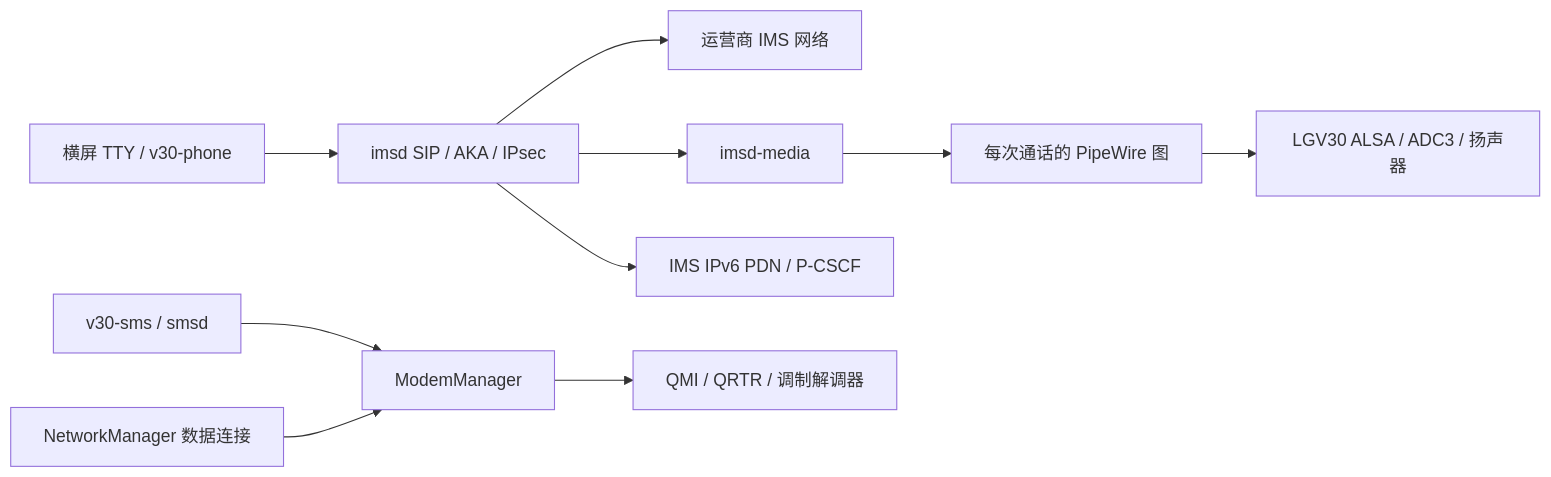
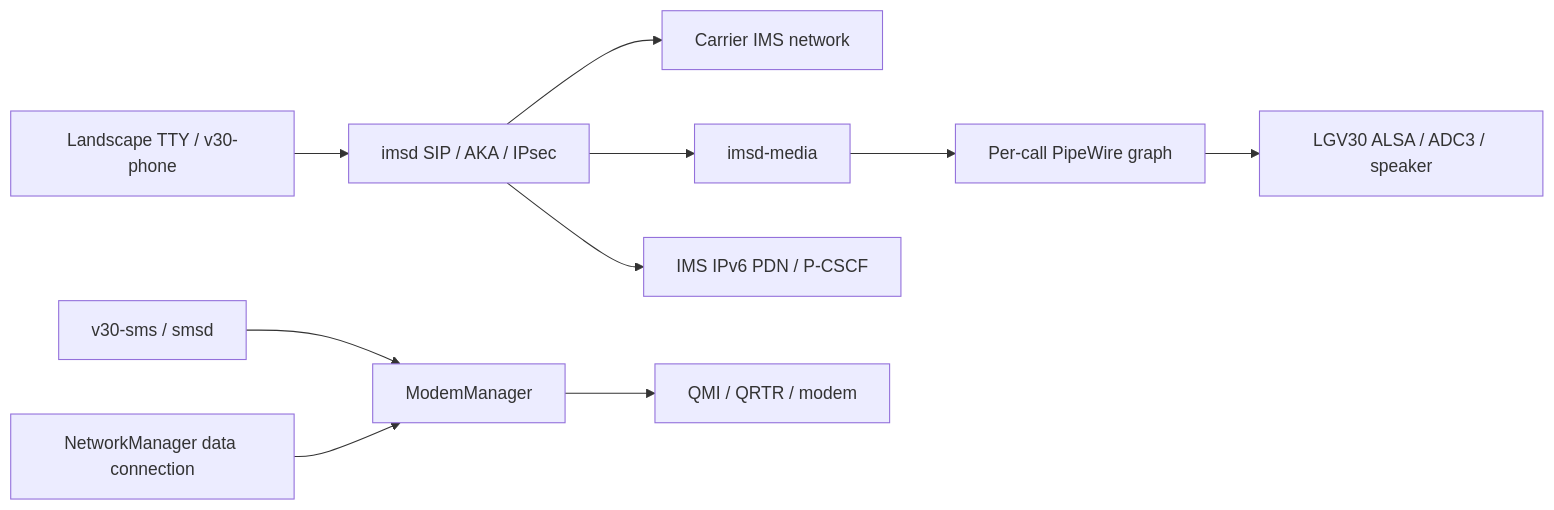
The diagram in docs/architecture.md (Yeluoqianqiu/v30-postmarketos), drawn with Mermaid before and after one commit. The commit also changed other lines of this file and 34 other files, not shown here.

````diff
--- a/docs/architecture.md
+++ b/docs/architecture.md
@@ -3,12 +3,12 @@
 ```mermaid
 flowchart LR
-  TTY[横屏 TTY / v30-phone] --> IMS[imsd SIP / AKA / IPsec]
-  IMS --> NET[运营商 IMS 网络]
+  TTY[Landscape TTY / v30-phone] --> IMS[imsd SIP / AKA / IPsec]
+  IMS --> NET[Carrier IMS network]
   IMS --> MEDIA[imsd-media]
-  MEDIA --> PW[每次通话的 PipeWire 图]
-  PW --> ALSA[LGV30 ALSA / ADC3 / 扬声器]
+  MEDIA --> PW[Per-call PipeWire graph]
+  PW --> ALSA[LGV30 ALSA / ADC3 / speaker]
   SMSCLI[v30-sms / smsd] --> MM[ModemManager]
-  MM --> MODEM[QMI / QRTR / 调制解调器]
-  NM[NetworkManager 数据连接] --> MM
+  MM --> MODEM[QMI / QRTR / modem]
+  NM[NetworkManager data connection] --> MM
   IMS --> PDN[IMS IPv6 PDN / P-CSCF]
 ```
````
